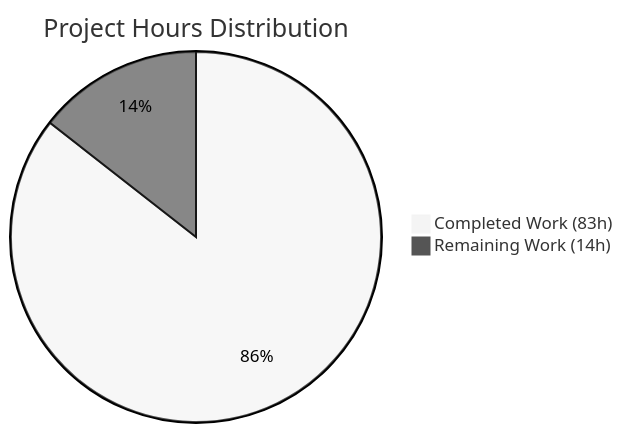
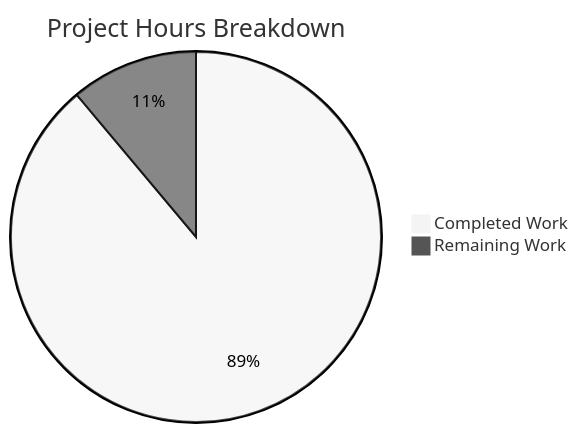
One commit to blitzy-public-samples/blitzy-weekend-planner-ai-agent changed the diagram in blitzy/documentation/Project Guide.md. Above: the diagram before and after it, drawn with Mermaid (neutral theme). The commit also changed other lines of this file, not shown here.

Commit message:
Adding Blitzy Project Guide: Project Status and Human Tasks Remaining

````diff
--- a/blitzy/documentation/Project Guide.md
+++ b/blitzy/documentation/Project Guide.md
@@ -60,5 +90,5 @@
 ```mermaid
-pie title Project Hours Distribution
-    "Completed Work (83h)" : 83
-    "Remaining Work (14h)" : 14
+pie title Project Hours Breakdown
+    "Completed Work" : 80
+    "Remaining Work" : 10
 ```
````
